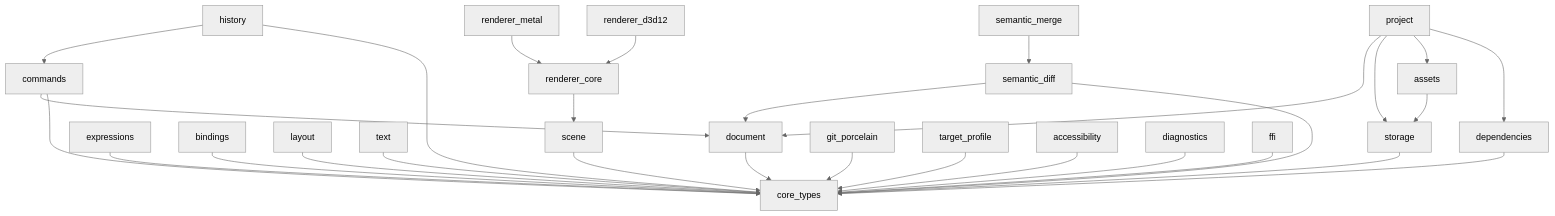
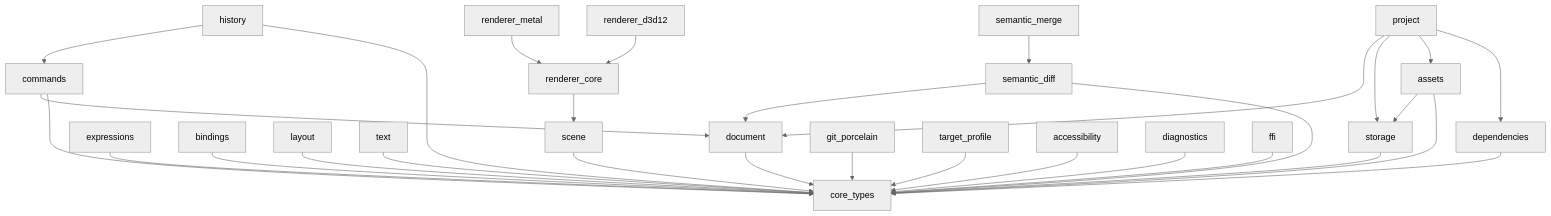
One commit to taeyoon0137/project-stellar changed the diagram in docs/architecture/crate-dependency-graph.md. Above: the diagram before and after it, drawn with Mermaid (neutral theme). The commit also changed other lines of this file and 1 other file, not shown here.

Commit message:
Chore: assets crate의 core-types 직접 의존 허용

````diff
--- a/docs/architecture/crate-dependency-graph.md
+++ b/docs/architecture/crate-dependency-graph.md
@@ -37,31 +37,32 @@
 ```mermaid
 graph TD
   document --> core_types
   commands --> document
   commands --> core_types
   history --> commands
   history --> core_types
   expressions --> core_types
   bindings --> core_types
   layout --> core_types
   text --> core_types
   scene --> core_types
   renderer_core --> scene
   renderer_metal --> renderer_core
   renderer_d3d12 --> renderer_core
   storage --> core_types
   assets --> storage
+  assets --> core_types
   dependencies --> core_types
   project --> document
   project --> storage
   project --> assets
   project --> dependencies
   semantic_diff --> document
   semantic_diff --> core_types
   semantic_merge --> semantic_diff
   git_porcelain --> core_types
   target_profile --> core_types
   accessibility --> core_types
   diagnostics --> core_types
   ffi --> core_types
 ```
````
